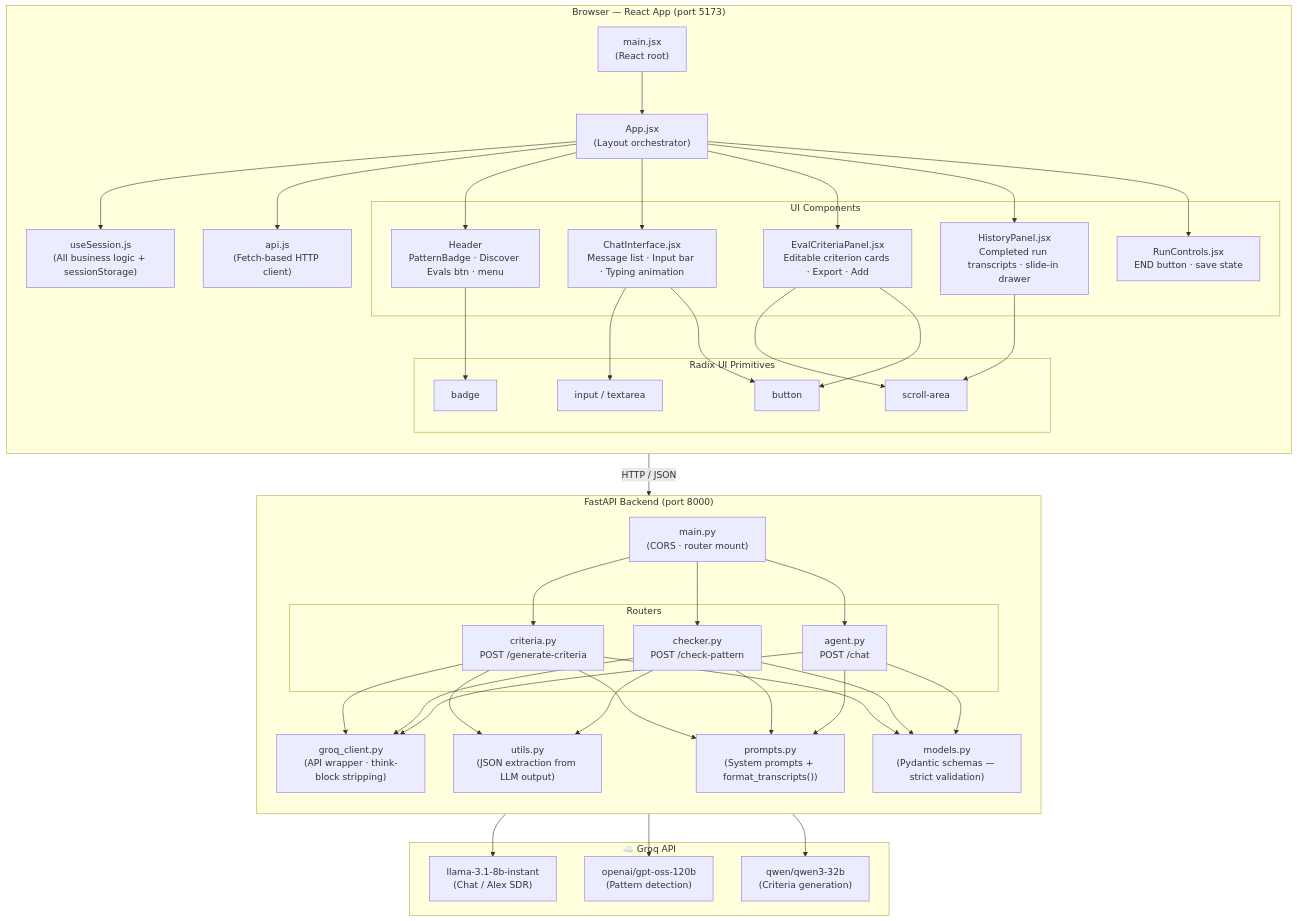
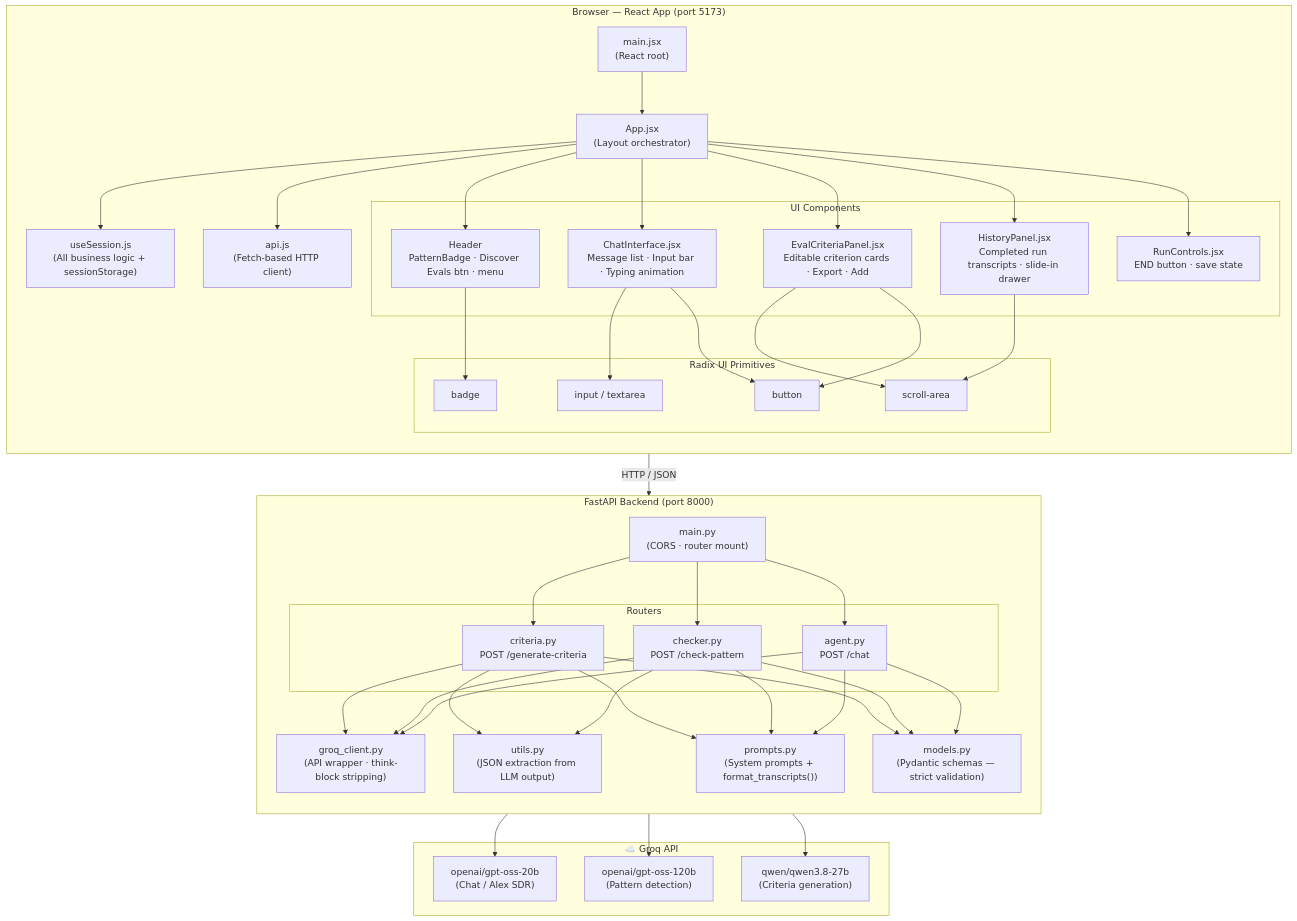
Before and after one commit to harikrshm/Eval-Discovery: the third of 4 diagrams in docs/ARCHITECTURE.md, drawn with Mermaid. The commit also changed other lines of this file and 2 other files, not shown here.

First line of the commit message:
fix: replace retired Groq models (llama-3.1-8b-instant, qwen3-32b)

````diff
--- a/docs/ARCHITECTURE.md
+++ b/docs/ARCHITECTURE.md
@@ -133,82 +133,82 @@
 ```mermaid
 graph TB
     subgraph Browser["Browser — React App (port 5173)"]
         direction TB
         Main["main.jsx<br/>(React root)"]
         App["App.jsx<br/>(Layout orchestrator)"]
         Hook["useSession.js<br/>(All business logic + sessionStorage)"]
         ApiClient["api.js<br/>(Fetch-based HTTP client)"]
 
         subgraph Components["UI Components"]
             Header["Header<br/>PatternBadge · Discover Evals btn · menu"]
             Chat["ChatInterface.jsx<br/>Message list · Input bar · Typing animation"]
             Eval["EvalCriteriaPanel.jsx<br/>Editable criterion cards · Export · Add"]
             History["HistoryPanel.jsx<br/>Completed run transcripts · slide-in drawer"]
             Controls["RunControls.jsx<br/>END button · save state"]
         end
 
         subgraph RadixUI["Radix UI Primitives"]
             UIButton["button"]
             UIInput["input / textarea"]
             UIBadge["badge"]
             UIScroll["scroll-area"]
         end
 
         Main --> App
         App --> Hook
         App --> ApiClient
         App --> Header
         App --> Chat
         App --> Eval
         App --> History
         App --> Controls
         Header --> UIBadge
         Chat --> UIInput
         Chat --> UIButton
         Eval --> UIScroll
         Eval --> UIButton
         History --> UIScroll
     end
 
     subgraph BackendAPI["FastAPI Backend (port 8000)"]
         direction TB
         FastAPI["main.py<br/>(CORS · router mount)"]
 
         subgraph Routers["Routers"]
             AgentRouter["agent.py<br/>POST /chat"]
             CheckerRouter["checker.py<br/>POST /check-pattern"]
             CriteriaRouter["criteria.py<br/>POST /generate-criteria"]
         end
 
         Models["models.py<br/>(Pydantic schemas — strict validation)"]
         Prompts["prompts.py<br/>(System prompts + format_transcripts())"]
         GroqClient["groq_client.py<br/>(API wrapper · think-block stripping)"]
         Utils["utils.py<br/>(JSON extraction from LLM output)"]
 
         FastAPI --> AgentRouter
         FastAPI --> CheckerRouter
         FastAPI --> CriteriaRouter
         AgentRouter --> GroqClient
         CheckerRouter --> GroqClient
         CheckerRouter --> Utils
         CriteriaRouter --> GroqClient
         CriteriaRouter --> Utils
         AgentRouter --> Prompts
         CheckerRouter --> Prompts
         CriteriaRouter --> Prompts
         AgentRouter --> Models
         CheckerRouter --> Models
         CriteriaRouter --> Models
     end
 
     subgraph GroqAPI["☁️ Groq API"]
-        Llama["llama-3.1-8b-instant<br/>(Chat / Alex SDR)"]
+        Llama["openai/gpt-oss-20b<br/>(Chat / Alex SDR)"]
         GPT["openai/gpt-oss-120b<br/>(Pattern detection)"]
-        Qwen["qwen/qwen3-32b<br/>(Criteria generation)"]
+        Qwen["qwen/qwen3.8-27b<br/>(Criteria generation)"]
     end
 
     ApiClient -->|"HTTP / JSON"| FastAPI
     GroqClient --> Llama
     GroqClient --> GPT
     GroqClient --> Qwen
 ```
````
